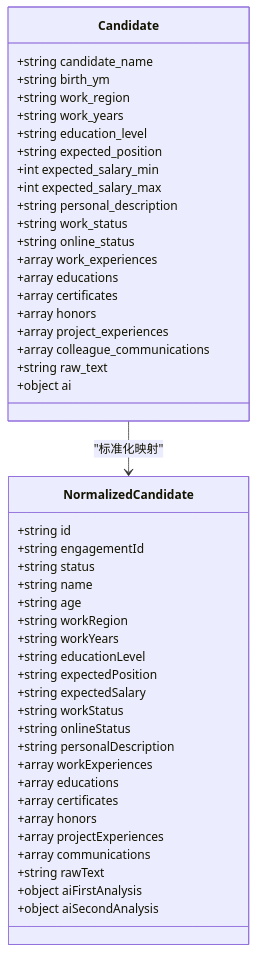
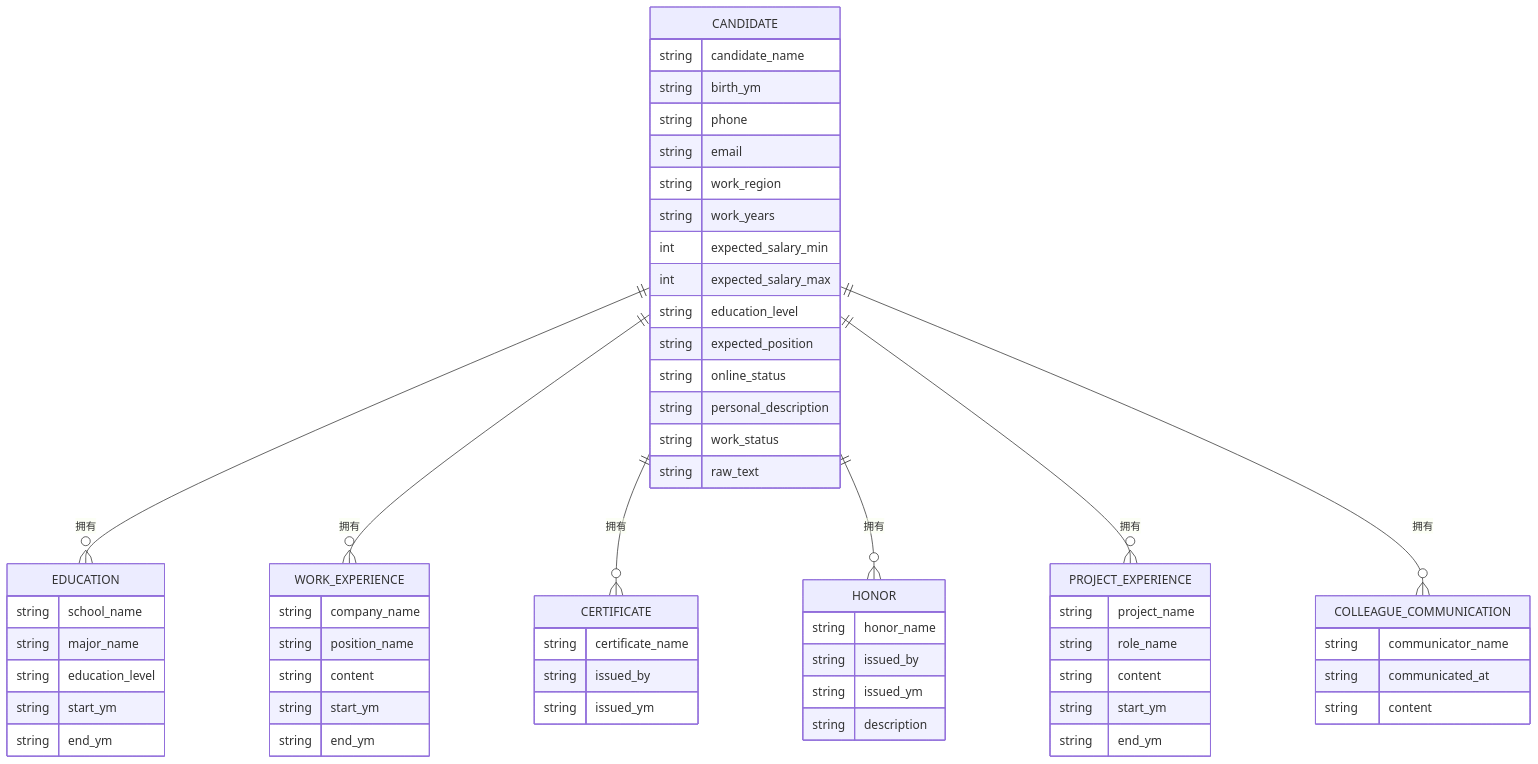
Before and after one commit to alvinwangzi/goodhr: the fifth of 6 diagrams in .qoder/repowiki/zh/content/本地执行器/平台适配器/前程无忧适配器/简历详情.md, drawn with Mermaid. The commit also changed other lines of this file and 149 other files, not shown here.

````diff
--- a/.qoder/repowiki/zh/content/本地执行器/平台适配器/前程无忧适配器/简历详情.md
+++ b/.qoder/repowiki/zh/content/本地执行器/平台适配器/前程无忧适配器/简历详情.md
@@ -189,49 +207,62 @@
 ```mermaid
-classDiagram
-class Candidate {
-+string candidate_name
-+string birth_ym
-+string work_region
-+string work_years
-+string education_level
-+string expected_position
-+int expected_salary_min
-+int expected_salary_max
-+string personal_description
-+string work_status
-+string online_status
-+array work_experiences
-+array educations
-+array certificates
-+array honors
-+array project_experiences
-+array colleague_communications
-+string raw_text
-+object ai
+erDiagram
+CANDIDATE {
+string candidate_name
+string birth_ym
+string phone
+string email
+string work_region
+string work_years
+int expected_salary_min
+int expected_salary_max
+string education_level
+string expected_position
+string online_status
+string personal_description
+string work_status
+string raw_text
 }
-class NormalizedCandidate {
-+string id
-+string engagementId
-+string status
-+string name
-+string age
-+string workRegion
-+string workYears
-+string educationLevel
-+string expectedPosition
-+string expectedSalary
-+string workStatus
-+string onlineStatus
-+string personalDescription
-+array workExperiences
-+array educations
-+array certificates
-+array honors
-+array projectExperiences
-+array communications
-+string rawText
-+object aiFirstAnalysis
-+object aiSecondAnalysis
+EDUCATION {
+string school_name
+string major_name
+string education_level
+string start_ym
+string end_ym
 }
-Candidate --> NormalizedCandidate : "标准化映射"
+WORK_EXPERIENCE {
+string company_name
+string position_name
+string content
+string start_ym
+string end_ym
+}
+CERTIFICATE {
+string certificate_name
+string issued_by
+string issued_ym
+}
+HONOR {
+string honor_name
+string issued_by
+string issued_ym
+string description
+}
+PROJECT_EXPERIENCE {
+string project_name
+string role_name
+string content
+string start_ym
+string end_ym
+}
+COLLEAGUE_COMMUNICATION {
+string communicator_name
+string communicated_at
+string content
+}
+CANDIDATE ||--o{ EDUCATION : "拥有"
+CANDIDATE ||--o{ WORK_EXPERIENCE : "拥有"
+CANDIDATE ||--o{ CERTIFICATE : "拥有"
+CANDIDATE ||--o{ HONOR : "拥有"
+CANDIDATE ||--o{ PROJECT_EXPERIENCE : "拥有"
+CANDIDATE ||--o{ COLLEAGUE_COMMUNICATION : "拥有"
 ```
````
